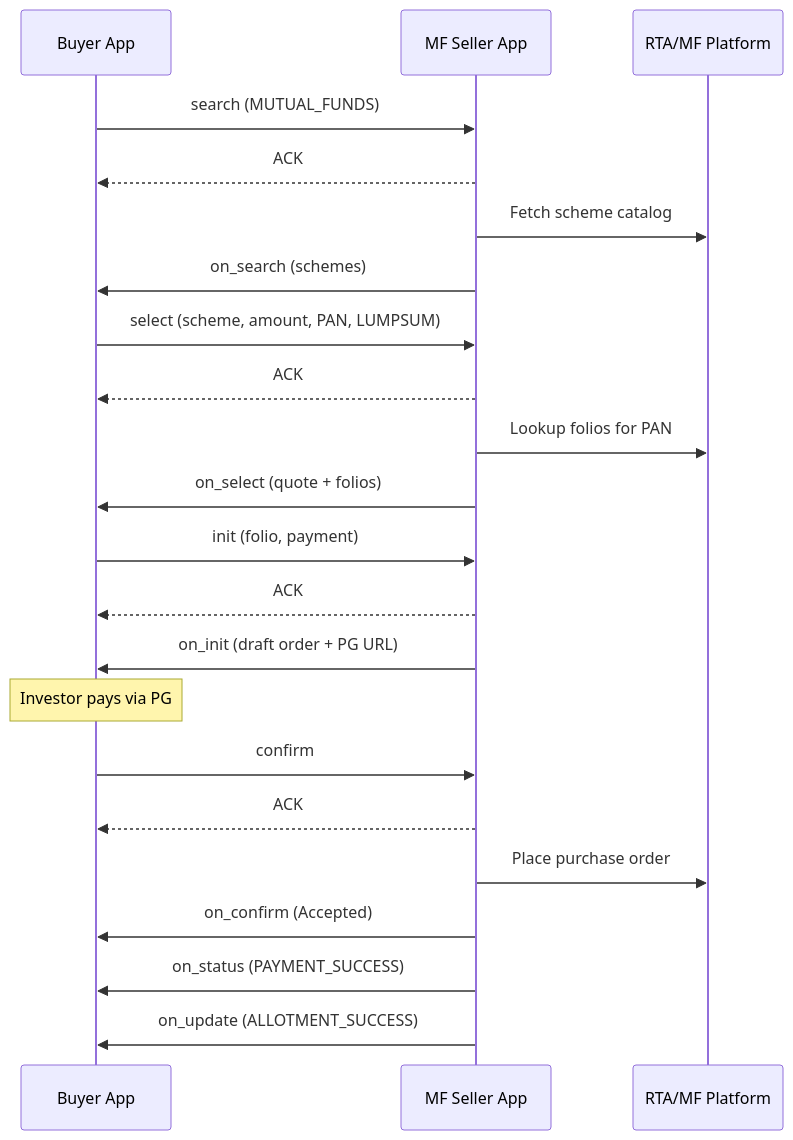
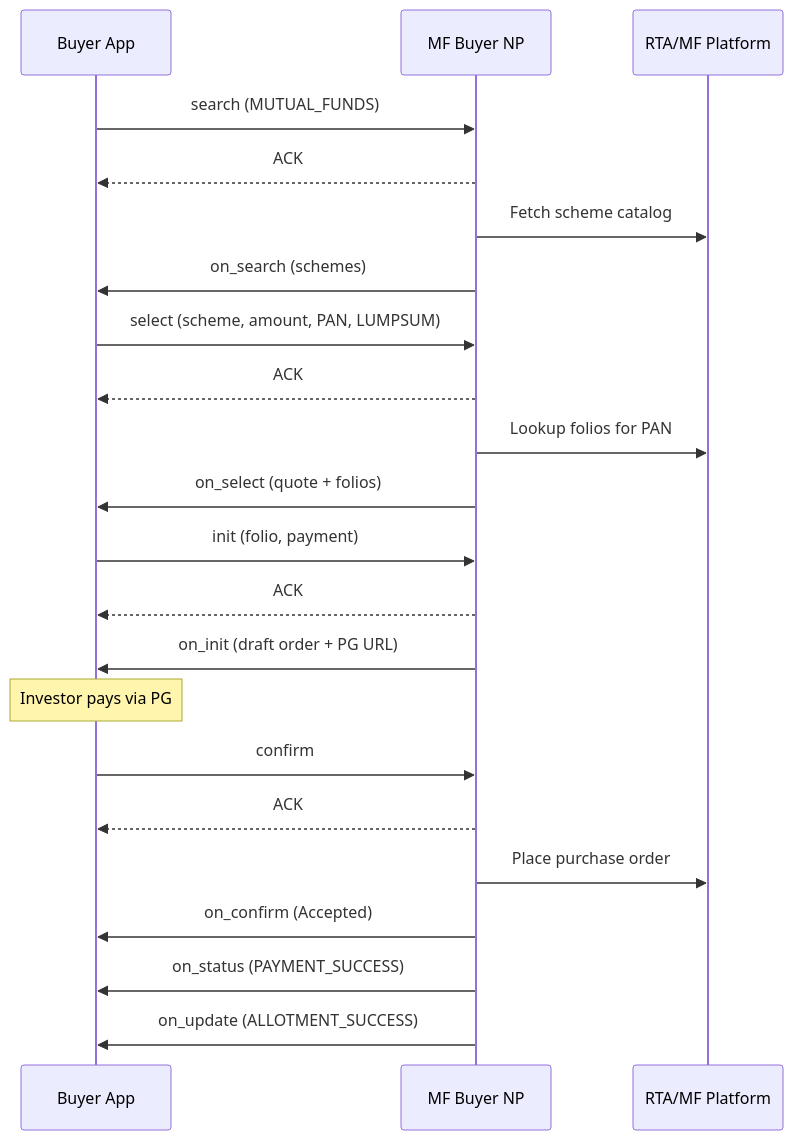
One commit to Ayushiwalkingtree/ONDC-POC changed the first of 3 diagrams in ONDC_Flow.md. Above: the diagram before and after it, drawn with Mermaid. The commit also changed other lines of this file and 72 other files, not shown here.

````diff
--- a/ONDC_Flow.md
+++ b/ONDC_Flow.md
@@ -264,30 +264,30 @@
 ```mermaid
 sequenceDiagram
     participant BAP as Buyer App
-    participant BPP as MF Seller App
+    participant BPP as MF Buyer NP
     participant RTA as RTA/MF Platform
 
     BAP->>BPP: search (MUTUAL_FUNDS)
     BPP-->>BAP: ACK
     BPP->>RTA: Fetch scheme catalog
     BPP->>BAP: on_search (schemes)
 
     BAP->>BPP: select (scheme, amount, PAN, LUMPSUM)
     BPP-->>BAP: ACK
     BPP->>RTA: Lookup folios for PAN
     BPP->>BAP: on_select (quote + folios)
 
     BAP->>BPP: init (folio, payment)
     BPP-->>BAP: ACK
     BPP->>BAP: on_init (draft order + PG URL)
 
     Note over BAP: Investor pays via PG
 
     BAP->>BPP: confirm
     BPP-->>BAP: ACK
     BPP->>RTA: Place purchase order
     BPP->>BAP: on_confirm (Accepted)
 
     BPP->>BAP: on_status (PAYMENT_SUCCESS)
     BPP->>BAP: on_update (ALLOTMENT_SUCCESS)
 ```
````
